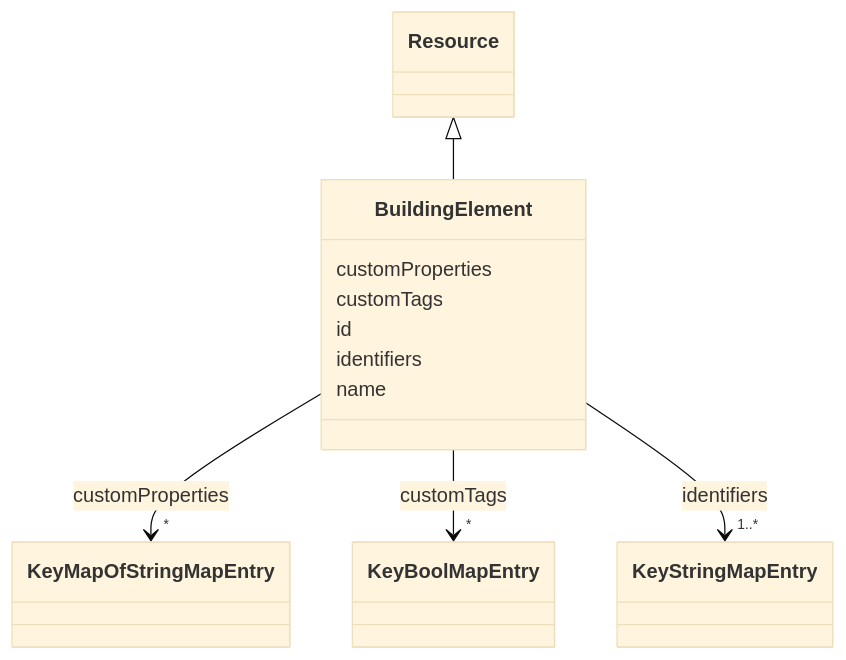
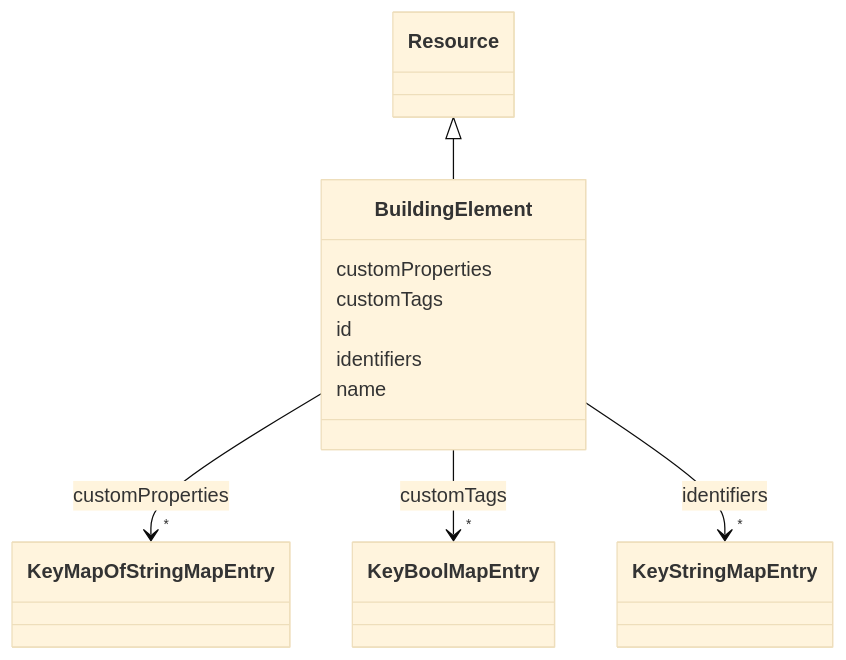
Before and after one commit to takashikasuya/smartbuiding_ontology: the diagram in docs/BuildingElement.md, drawn with Mermaid (base theme). The commit also changed other lines of this file and 89 other files, not shown here.

````diff
--- a/docs/BuildingElement.md
+++ b/docs/BuildingElement.md
@@ -18,46 +18,46 @@
 ```mermaid
  classDiagram
     class BuildingElement
     click BuildingElement href "../BuildingElement/"
       Resource <|-- BuildingElement
         click Resource href "../Resource/"
       
       BuildingElement : customProperties
         
           
     
         
         
         BuildingElement --> "*" KeyMapOfStringMapEntry : customProperties
         click KeyMapOfStringMapEntry href "../KeyMapOfStringMapEntry/"
     
 
         
       BuildingElement : customTags
         
           
     
         
         
         BuildingElement --> "*" KeyBoolMapEntry : customTags
         click KeyBoolMapEntry href "../KeyBoolMapEntry/"
     
 
         
       BuildingElement : id
         
       BuildingElement : identifiers
         
           
     
         
         
-        BuildingElement --> "1..*" KeyStringMapEntry : identifiers
+        BuildingElement --> "*" KeyStringMapEntry : identifiers
         click KeyStringMapEntry href "../KeyStringMapEntry/"
     
 
         
       BuildingElement : name
         
       
 ```
````
